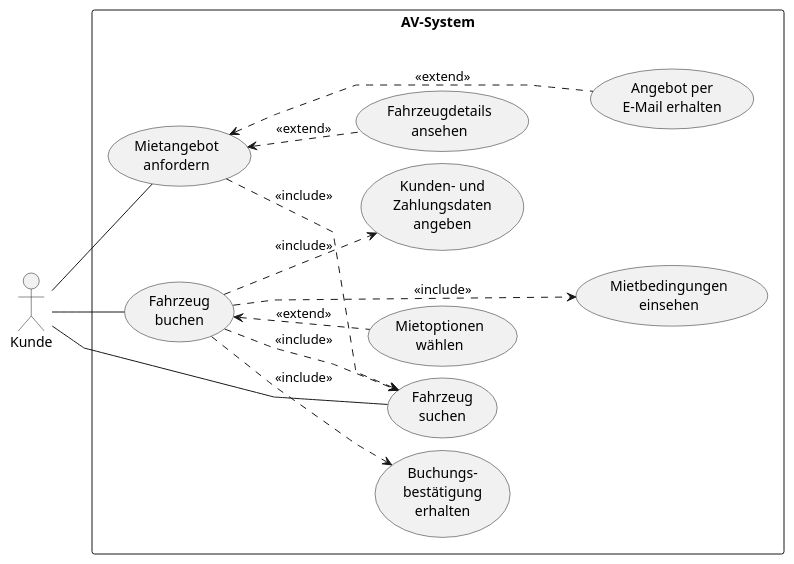
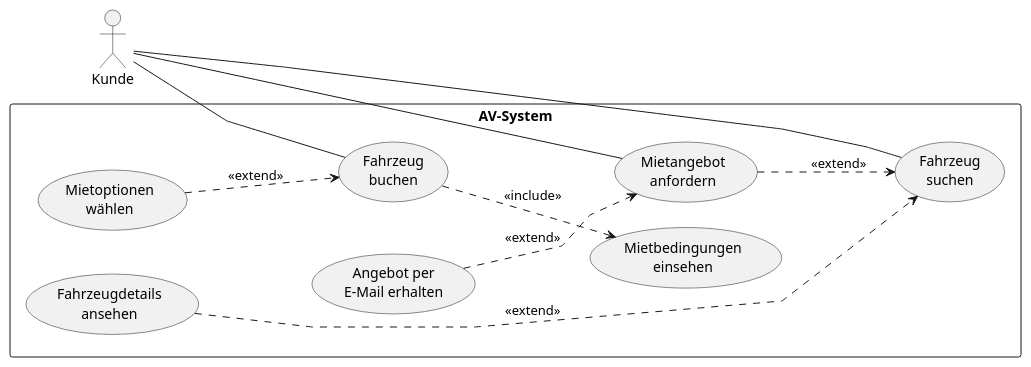
One commit to mallallaaaa/project-autovermietung-SWM1 changed the diagram in Aufgabe1.puml. Above: the diagram before and after it, drawn with PlantUML.

Commit message:
Update use cases and layout in Aufgabe1.puml

```diff
--- a/Aufgabe1.puml
+++ b/Aufgabe1.puml
@@ -1,40 +1,48 @@
 @startuml AV_Aufgabe1
 left to right direction
 skinparam shadowing false
 skinparam packageStyle rectangle
 skinparam linetype polyline
-skinparam nodesep 12
-skinparam ranksep 45
+skinparam nodesep 25
+skinparam ranksep 55
 
 actor "Kunde" as K
 
 rectangle "AV-System" {
+
   usecase "Fahrzeug\nsuchen" as Search
+
   usecase "Mietangebot\nanfordern" as Quote
+
   usecase "Fahrzeugdetails\nansehen" as Details
+
   usecase "Angebot per\nE-Mail erhalten" as QuoteEmail
 
   usecase "Fahrzeug\nbuchen" as Book
+
   usecase "Mietoptionen\nwählen" as Options
+
   usecase "Mietbedingungen\neinsehen" as Conditions
-  usecase "Kunden- und\nZahlungsdaten\nangeben" as Data
-  usecase "Buchungs-\nbestätigung\nerhalten" as Confirm
 }
 
+' Hauptfunktionen des Kunden
 K -- Search
 K -- Quote
 K -- Book
 
-Quote ..> Search : <<include>>
-Book ..> Search : <<include>>
-Quote <.. Details : <<extend>>
-Quote <.. QuoteEmail : <<extend>>
+' Optionale Funktionen bei der Suche
+Quote ..> Search : <<extend>>
+Details ..> Search : <<extend>>
 
-Book <.. Options : <<extend>>
+' Optionaler E-Mail-Versand
+QuoteEmail ..> Quote : <<extend>>
+
+' Buchung
+Options ..> Book : <<extend>>
 Book ..> Conditions : <<include>>
-Book ..> Data : <<include>>
-Book ..> Confirm : <<include>>
 
+' Layout
 Details -[hidden]- QuoteEmail
 Options -[hidden]- Conditions
+
 @enduml
```
